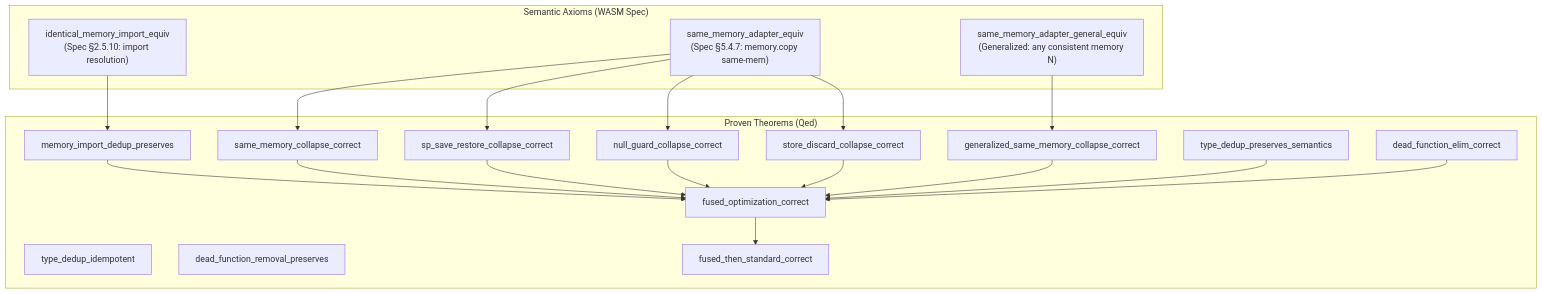
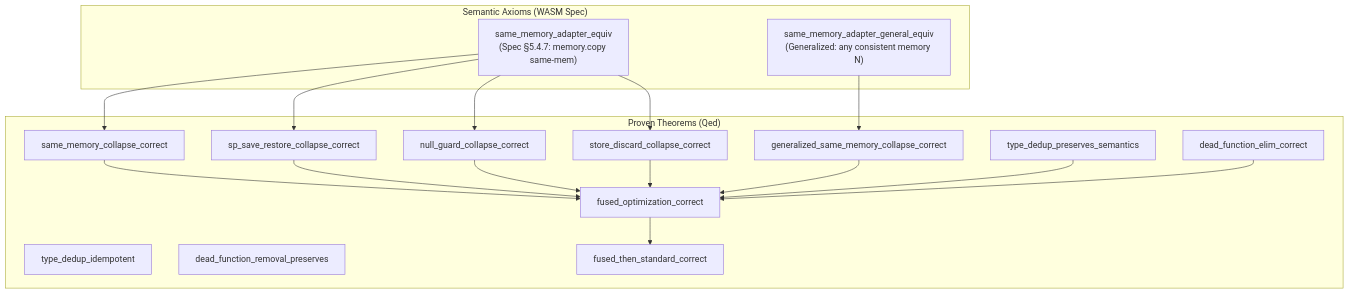
The sixth of 8 diagrams in docs/design/fused-component-optimization.md (pulseengine/loom), drawn with Mermaid before and after one commit. The commit also changed other lines of this file and 2 other files, not shown here.

````diff
--- a/docs/design/fused-component-optimization.md
+++ b/docs/design/fused-component-optimization.md
@@ -281,39 +281,35 @@
 ```mermaid
 flowchart TD
     subgraph axioms["Semantic Axioms (WASM Spec)"]
         A0["same_memory_adapter_equiv\n(Spec §5.4.7: memory.copy same-mem)"]
-        A4["identical_memory_import_equiv\n(Spec §2.5.10: import resolution)"]
         A4b["same_memory_adapter_general_equiv\n(Generalized: any consistent memory N)"]
     end
 
     subgraph proven["Proven Theorems (Qed)"]
-        MD["memory_import_dedup_preserves"]
         SM["same_memory_collapse_correct"]
         SP["sp_save_restore_collapse_correct"]
         NG["null_guard_collapse_correct"]
         SD["store_discard_collapse_correct"]
         GS["generalized_same_memory_collapse_correct"]
         TP["type_dedup_preserves_semantics"]
         TI["type_dedup_idempotent"]
         DE["dead_function_elim_correct"]
         DR["dead_function_removal_preserves"]
         FC["fused_optimization_correct"]
         FS["fused_then_standard_correct"]
     end
 
-    A4 --> MD
     A0 --> SM
     A0 --> SP
     A0 --> NG
     A0 --> SD
     A4b --> GS
-    MD --> FC
     SM --> FC
     SP --> FC
     NG --> FC
     SD --> FC
     GS --> FC
     TP --> FC
     DE --> FC
     FC --> FS
 ```
````
